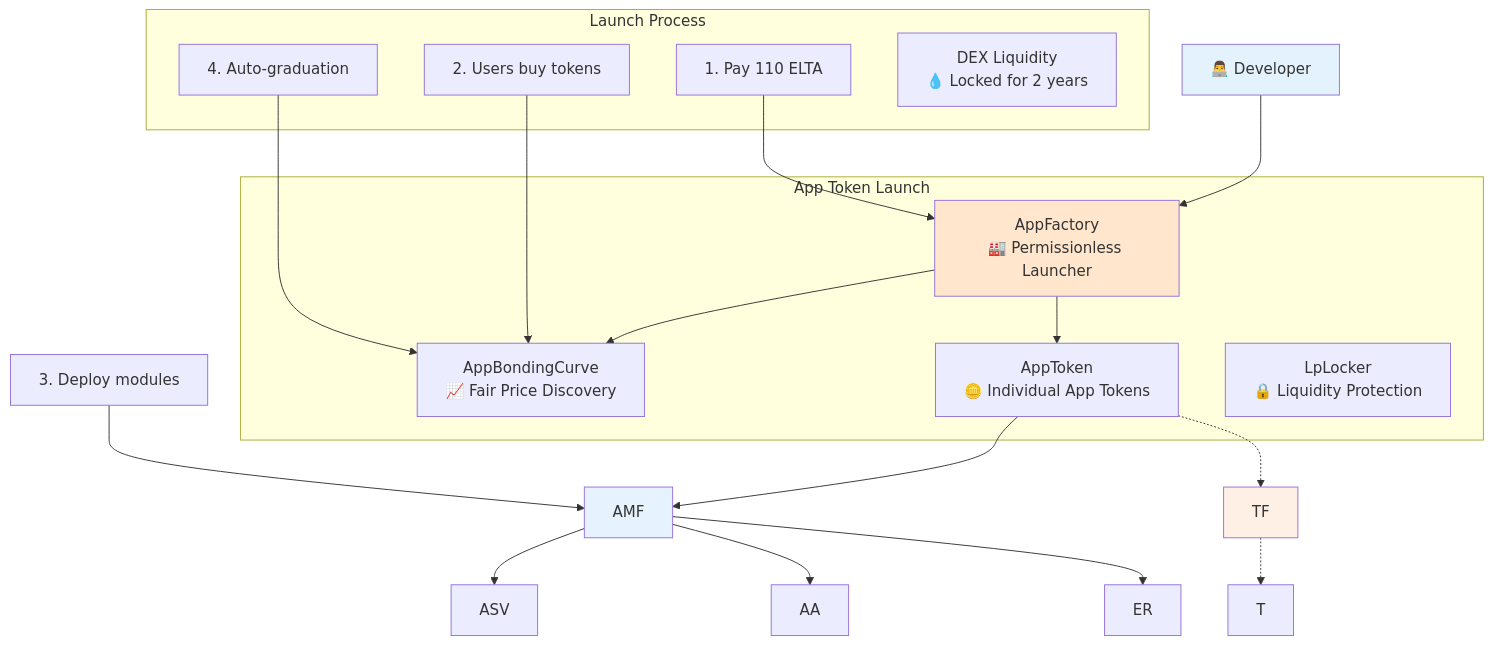
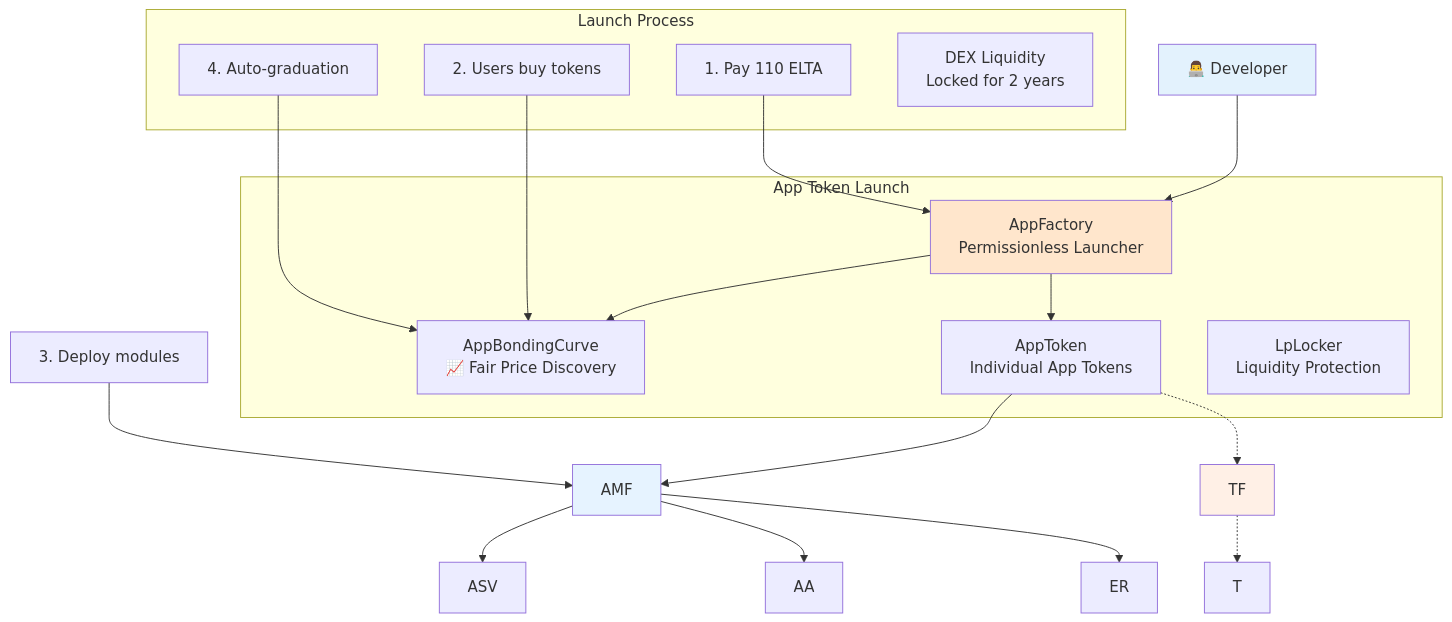
One commit to Elata-Biosciences/elata-protocol changed the fourth of 10 diagrams in README.md. Above: the diagram before and after it, drawn with Mermaid. The commit also changed other lines of this file and 21 other files, not shown here.

````diff
--- a/README.md
+++ b/README.md
@@ -173,36 +173,36 @@
 ```mermaid
 graph TD
     subgraph "App Token Launch"
-        AF[AppFactory<br/>🏭 Permissionless Launcher]
+        AF[AppFactory<br/> Permissionless Launcher]
         ABC[AppBondingCurve<br/>📈 Fair Price Discovery]
-        AT[AppToken<br/>🪙 Individual App Tokens]
-        LL[LpLocker<br/>🔒 Liquidity Protection]
+        AT[AppToken<br/> Individual App Tokens]
+        LL[LpLocker<br/> Liquidity Protection]
     end
     
     subgraph "Launch Process"
-        CREATE[Developer Creates App<br/>💡 Stakes 100 ELTA]
-        CURVE[Bonding Curve Sale<br/>📊 Price increases with demand]
+        CREATE[Developer Creates App<br/> Stakes 100 ELTA]
+        CURVE[Bonding Curve Sale<br/> Price increases with demand]
         GRADUATE[Auto-Graduation<br/>🎓 At 42k ELTA raised]
-        LIQUIDITY[DEX Liquidity<br/>💧 Locked for 2 years]
+        LIQUIDITY[DEX Liquidity<br/> Locked for 2 years]
     end
     
     Developer[👨‍💻 Developer] --> AF
     AF --> AT
     AF --> ABC
     AT --> AMF
     AMF --> ASV
     AMF --> AA
     AMF --> ER
     AT -.-> TF
     TF -.-> T
     
     CREATE[1. Pay 110 ELTA] --> AF
     CURVE[2. Users buy tokens] --> ABC
     MODULES[3. Deploy modules] --> AMF
     GRADUATE[4. Auto-graduation] --> ABC
     
     style Developer fill:#e3f2fd
     style AF fill:#ffe6cc
     style AMF fill:#e6f3ff
     style TF fill:#fff0e6
 ```
````
